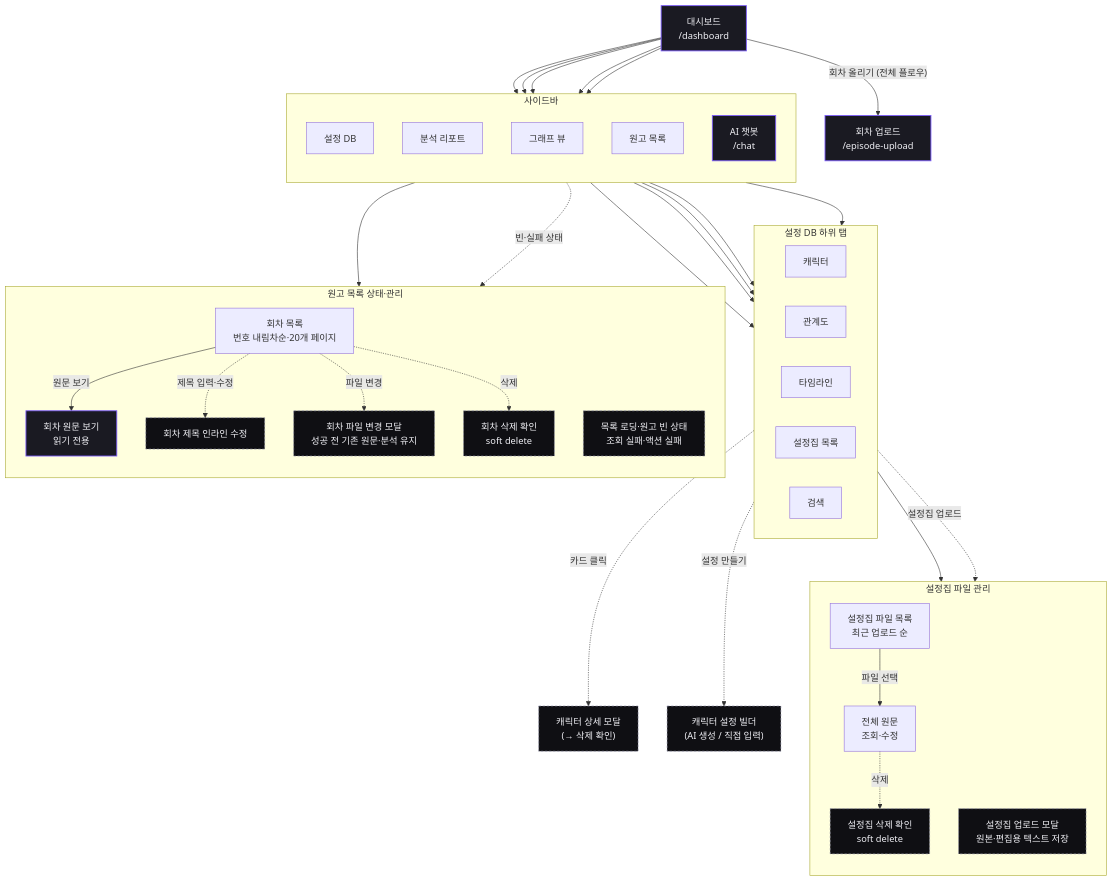
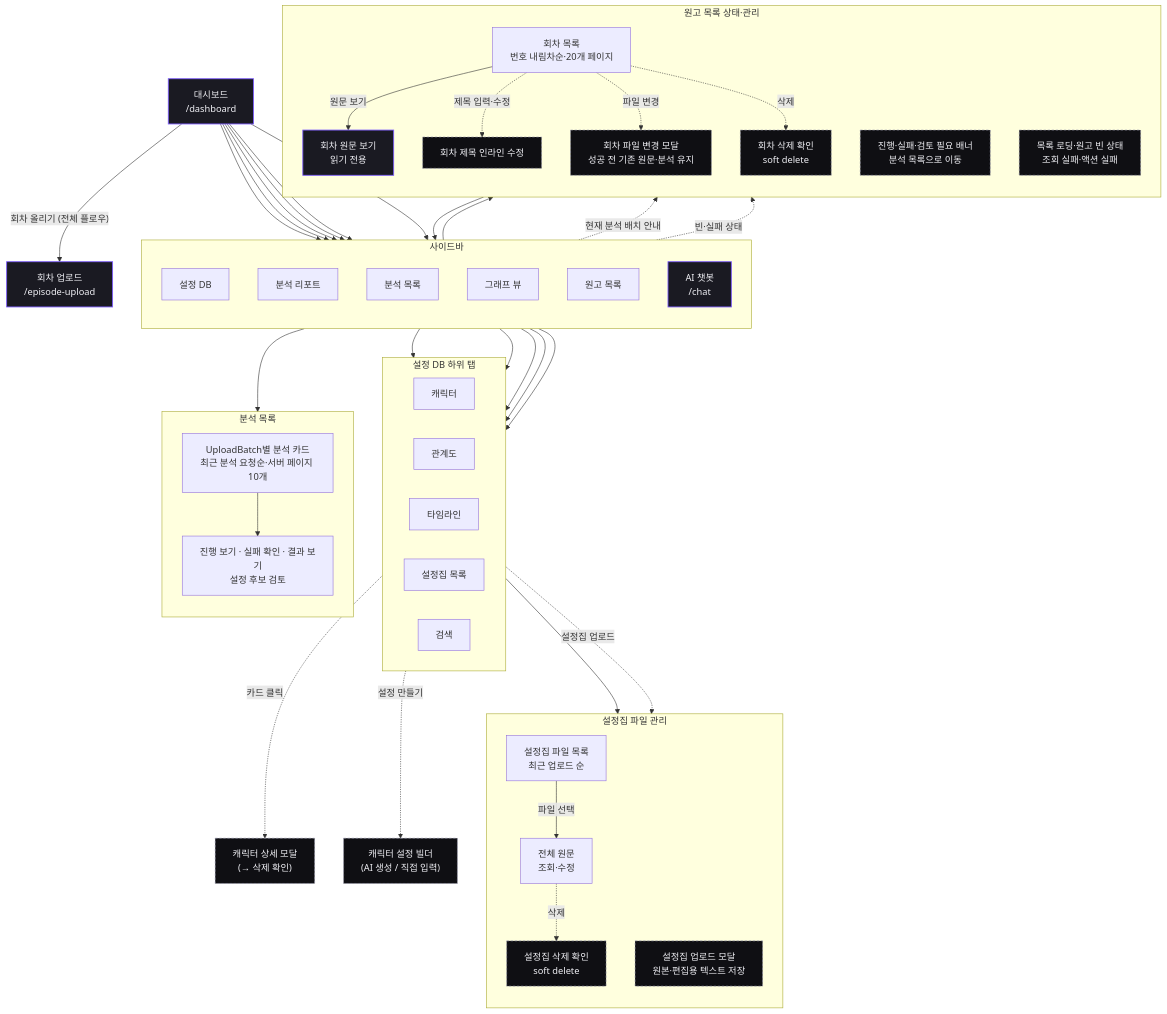
Before and after one commit to catchhole-soma/catchhole-front: the fifth of 7 diagrams in docs/screen-flow.md, drawn with Mermaid. The commit also changed other lines of this file and 6 other files, not shown here.

````diff
--- a/docs/screen-flow.md
+++ b/docs/screen-flow.md
@@ -219,67 +224,80 @@
 ```mermaid
 flowchart TD
   dashboard["대시보드<br/>/dashboard"]:::private
 
   subgraph SIDEBAR["사이드바"]
     direction TB
     nav_settingDB["설정 DB"]
     nav_reports["분석 리포트"]
+    nav_analyses["분석 목록"]
     nav_graph["그래프 뷰"]
     nav_manuscripts["원고 목록"]
     nav_chat["AI 챗봇<br/>/chat"]:::private
   end
 
   dashboard --> nav_settingDB
   dashboard --> nav_reports
+  dashboard --> nav_analyses
   dashboard --> nav_graph
   dashboard --> nav_manuscripts
   dashboard --> nav_chat
 
   subgraph TABS["설정 DB 하위 탭"]
     direction LR
     t_char["캐릭터"]
     t_rel["관계도"]
     t_time["타임라인"]
     t_world["설정집 목록"]
     t_search["검색"]
   end
   nav_settingDB --> t_char & t_rel & t_time & t_world & t_search
+
+  subgraph ANALYSES["분석 목록"]
+    direction TB
+    analysis_batches["UploadBatch별 분석 카드<br/>최근 분석 요청순·서버 페이지 10개"]
+    analysis_actions["진행 보기 · 실패 확인 · 결과 보기<br/>설정 후보 검토"]
+  end
+  nav_analyses --> analysis_batches
+  analysis_batches --> analysis_actions
 
   t_char -. "카드 클릭" .-> m_chardetail["캐릭터 상세 모달<br/>(→ 삭제 확인)"]:::modal
   t_char -. "설정 만들기" .-> m_settings["캐릭터 설정 빌더<br/>(AI 생성 / 직접 입력)"]:::modal
 
   subgraph SETTING_BOOKS["설정집 파일 관리"]
     direction TB
     setting_source["설정집 파일 목록<br/>최근 업로드 순"]
     setting_viewer["전체 원문<br/>조회·수정"]
     setting_upload["설정집 업로드 모달<br/>원본·편집용 텍스트 저장"]:::modal
     setting_delete["설정집 삭제 확인<br/>soft delete"]:::modal
   end
 
   t_world --> setting_source
   setting_source -- "파일 선택" --> setting_viewer
   t_world -. "설정집 업로드" .-> setting_upload
   setting_viewer -. "삭제" .-> setting_delete
 
   subgraph MANUSCRIPTS["원고 목록 상태·관리"]
     direction TB
     episode_list["회차 목록<br/>번호 내림차순·20개 페이지"]
+    analysis_notice["진행·실패·검토 필요 배너<br/>분석 목록으로 이동"]:::modal
     list_state["목록 로딩·원고 빈 상태<br/>조회 실패·액션 실패"]:::modal
     source_viewer["회차 원문 보기<br/>읽기 전용"]:::private
     title_edit["회차 제목 인라인 수정"]:::modal
     file_replace["회차 파일 변경 모달<br/>성공 전 기존 원문·분석 유지"]:::modal
     delete_confirm["회차 삭제 확인<br/>soft delete"]:::modal
   end
 
   nav_manuscripts --> episode_list
+  nav_manuscripts -. "현재 분석 배치 안내" .-> analysis_notice
+  analysis_notice --> nav_analyses
   nav_manuscripts -. "빈·실패 상태" .-> list_state
   episode_list -- "원문 보기" --> source_viewer
   episode_list -. "제목 입력·수정" .-> title_edit
   episode_list -. "파일 변경" .-> file_replace
   episode_list -. "삭제" .-> delete_confirm
 
   dashboard -- "회차 올리기 (전체 플로우)" --> upload["회차 업로드<br/>/episode-upload"]:::private
 
   classDef private fill:#1A1A22,stroke:#7C5CFC,stroke-width:1.5px,color:#F0F0F5;
   classDef modal fill:#0F0F13,stroke:#9090A8,stroke-dasharray:4 3,color:#F0F0F5;
 ```
````
